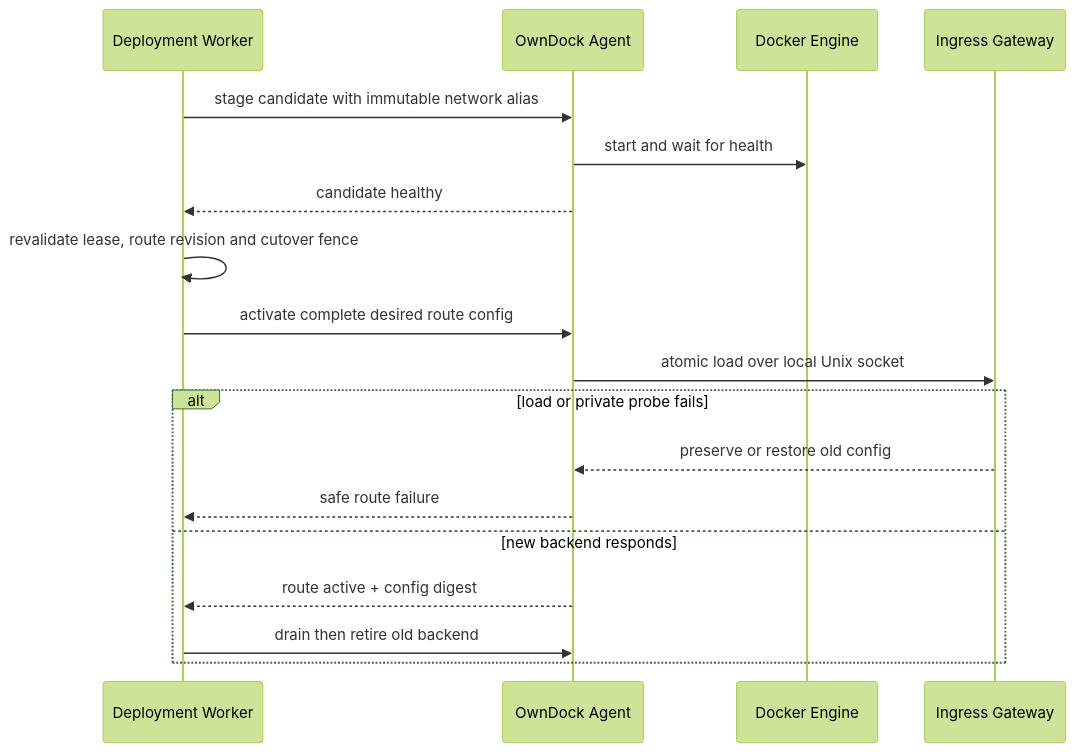
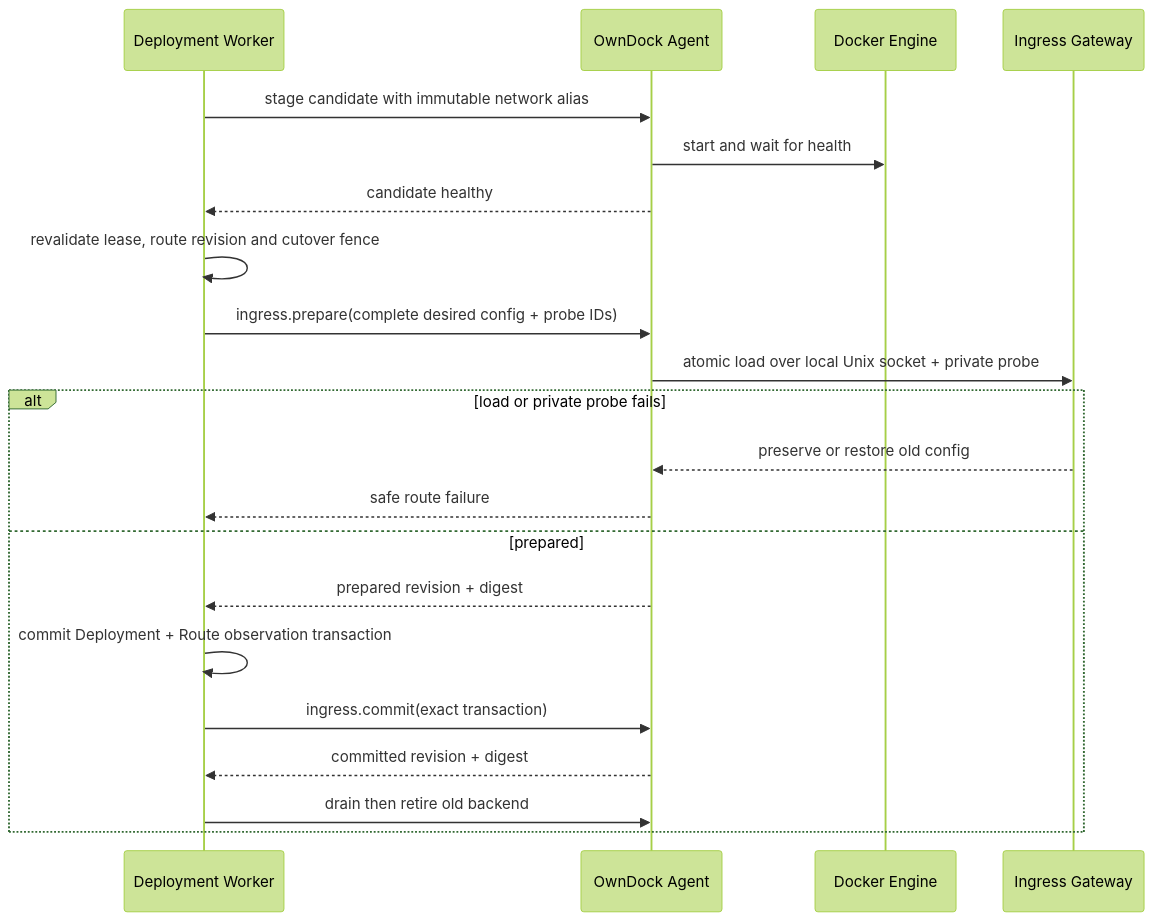
Before and after one commit to owndock/owndock: the second of 2 diagrams in docs/application-ingress.md, drawn with Mermaid (forest theme). The commit also changed other lines of this file and 30 other files, not shown here.

````diff
--- a/docs/application-ingress.md
+++ b/docs/application-ingress.md
@@ -66,21 +72,24 @@
 ```mermaid
 sequenceDiagram
     participant W as Deployment Worker
     participant A as OwnDock Agent
     participant D as Docker Engine
     participant G as Ingress Gateway
 
     W->>A: stage candidate with immutable network alias
     A->>D: start and wait for health
     A-->>W: candidate healthy
     W->>W: revalidate lease, route revision and cutover fence
-    W->>A: activate complete desired route config
-    A->>G: atomic load over local Unix socket
+    W->>A: ingress.prepare(complete desired config + probe IDs)
+    A->>G: atomic load over local Unix socket + private probe
     alt load or private probe fails
         G-->>A: preserve or restore old config
         A-->>W: safe route failure
-    else new backend responds
-        A-->>W: route active + config digest
+    else prepared
+        A-->>W: prepared revision + digest
+        W->>W: commit Deployment + Route observation transaction
+        W->>A: ingress.commit(exact transaction)
+        A-->>W: committed revision + digest
         W->>A: drain then retire old backend
     end
 ```
````
